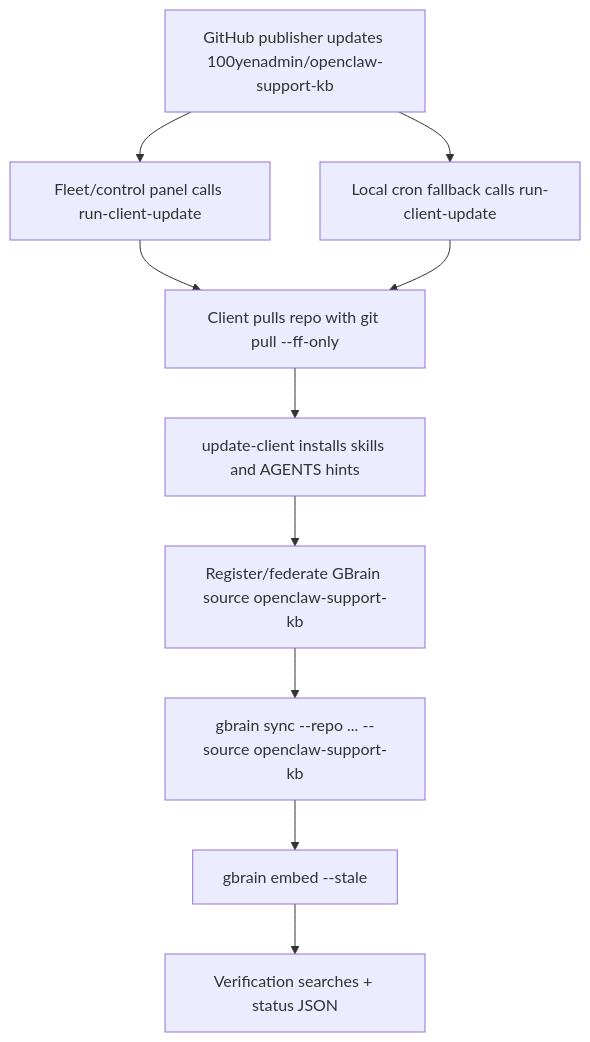
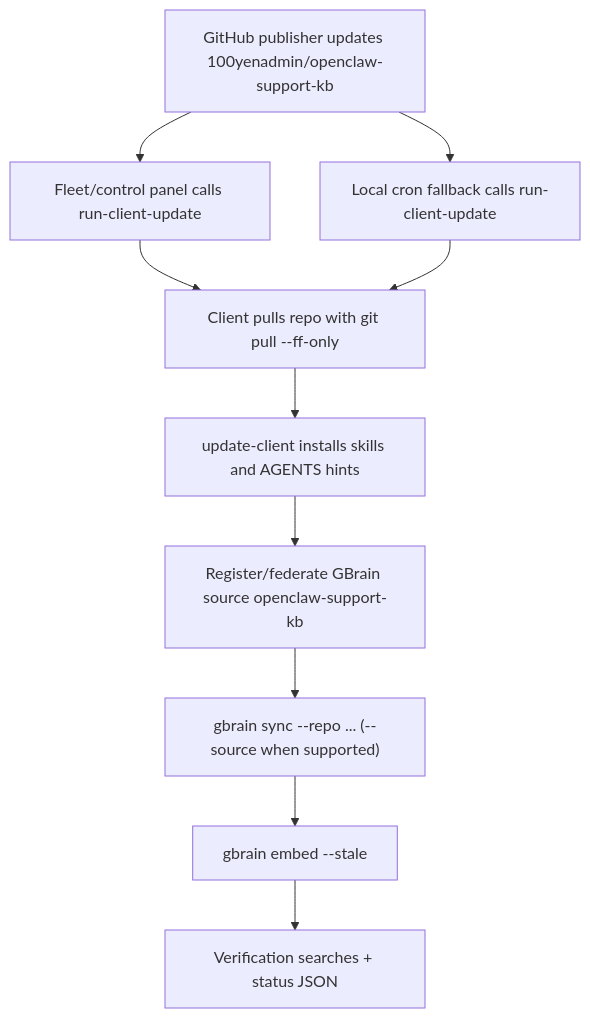
One commit to 100yenadmin/openclaw-support-kb changed the diagram in README.md. Above: the diagram before and after it, drawn with Mermaid. The commit also changed other lines of this file and 11 other files, not shown here.

````diff
--- a/README.md
+++ b/README.md
@@ -137,12 +165,12 @@
 ```mermaid
 flowchart TD
   A["GitHub publisher updates 100yenadmin/openclaw-support-kb"] --> B["Fleet/control panel calls run-client-update"]
   A --> C["Local cron fallback calls run-client-update"]
   B --> D["Client pulls repo with git pull --ff-only"]
   C --> D
   D --> E["update-client installs skills and AGENTS hints"]
   E --> F["Register/federate GBrain source openclaw-support-kb"]
-  F --> G["gbrain sync --repo ... --source openclaw-support-kb"]
+  F --> G["gbrain sync --repo ... (--source when supported)"]
   G --> H["gbrain embed --stale"]
   H --> I["Verification searches + status JSON"]
 ```
````
